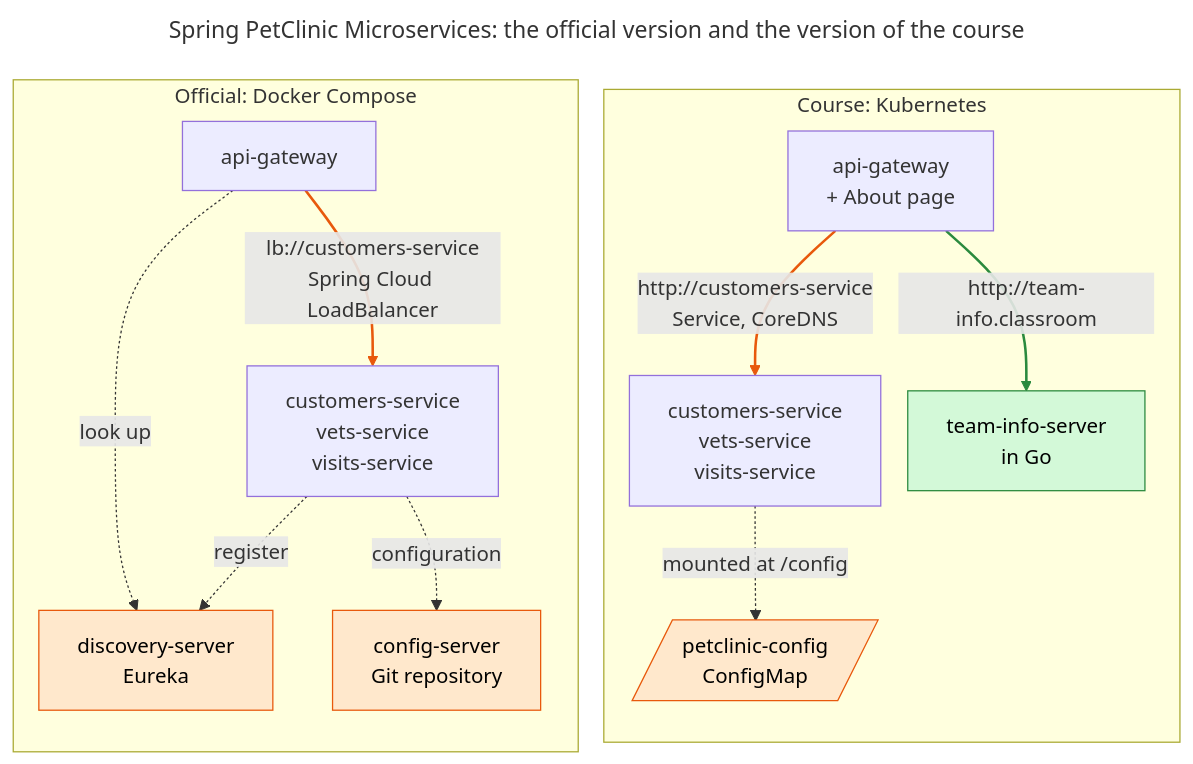
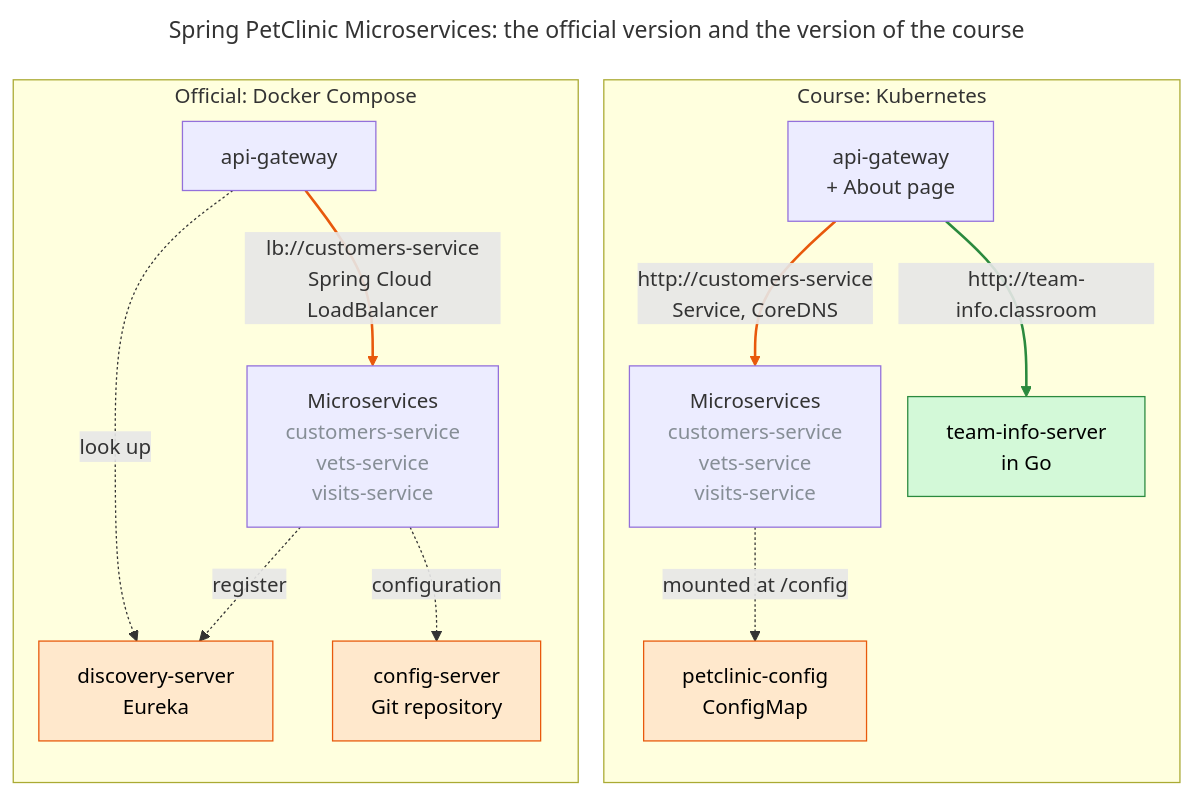
The diagram in _posts/2026-11-08-esigelec-kubernetes-2026.md (mincong-h/mincong-h.github.io), drawn with Mermaid before and after one commit.

Commit message:
Use a rectangle for the ConfigMap and gray the names of the microservices in the diagram

````diff
--- a/_posts/2026-11-08-esigelec-kubernetes-2026.md
+++ b/_posts/2026-11-08-esigelec-kubernetes-2026.md
@@ -50,39 +50,39 @@
 ```mermaid
 ---
 title: "Spring PetClinic Microservices: the official version and the version of the course"
 config:
   flowchart:
     nodeSpacing: 20
     rankSpacing: 40
 ---
 flowchart TB
     subgraph course["Course: Kubernetes"]
         direction TB
         c_gw["api-gateway<br>+ About page"]
-        c_svc["customers-service<br>vets-service<br>visits-service"]
+        c_svc["Microservices<br><span style='color:#868e96'>customers-service<br>vets-service<br>visits-service</span>"]
         c_team["team-info-server<br>in Go"]
-        c_cm[/"petclinic-config<br>ConfigMap"/]
+        c_cm["petclinic-config<br>ConfigMap"]
         c_gw -- "http#58;//customers-service<br>Service, CoreDNS" --> c_svc
         c_gw -- "http#58;//team-info.classroom" --> c_team
         c_svc -. "mounted at /config" .-> c_cm
     end
 
     subgraph official["Official: Docker Compose"]
         direction TB
         o_gw["api-gateway"]
-        o_svc["customers-service<br>vets-service<br>visits-service"]
+        o_svc["Microservices<br><span style='color:#868e96'>customers-service<br>vets-service<br>visits-service</span>"]
         o_disc["discovery-server<br>Eureka"]
         o_conf["config-server<br>Git repository"]
         o_gw -- "lb://customers-service<br>Spring Cloud LoadBalancer" --> o_svc
         o_gw -. "look up" .-> o_disc
         o_svc -. register .-> o_disc
         o_svc -. configuration .-> o_conf
     end
 
     classDef replaced fill:#ffe8cc,stroke:#e8590c,color:#000
     classDef added fill:#d3f9d8,stroke:#2b8a3e,color:#000
     class o_disc,o_conf,c_cm replaced
     class c_team added
     linkStyle 0,3 stroke:#e8590c,stroke-width:2px
     linkStyle 1 stroke:#2b8a3e,stroke-width:2px
 ```
````
